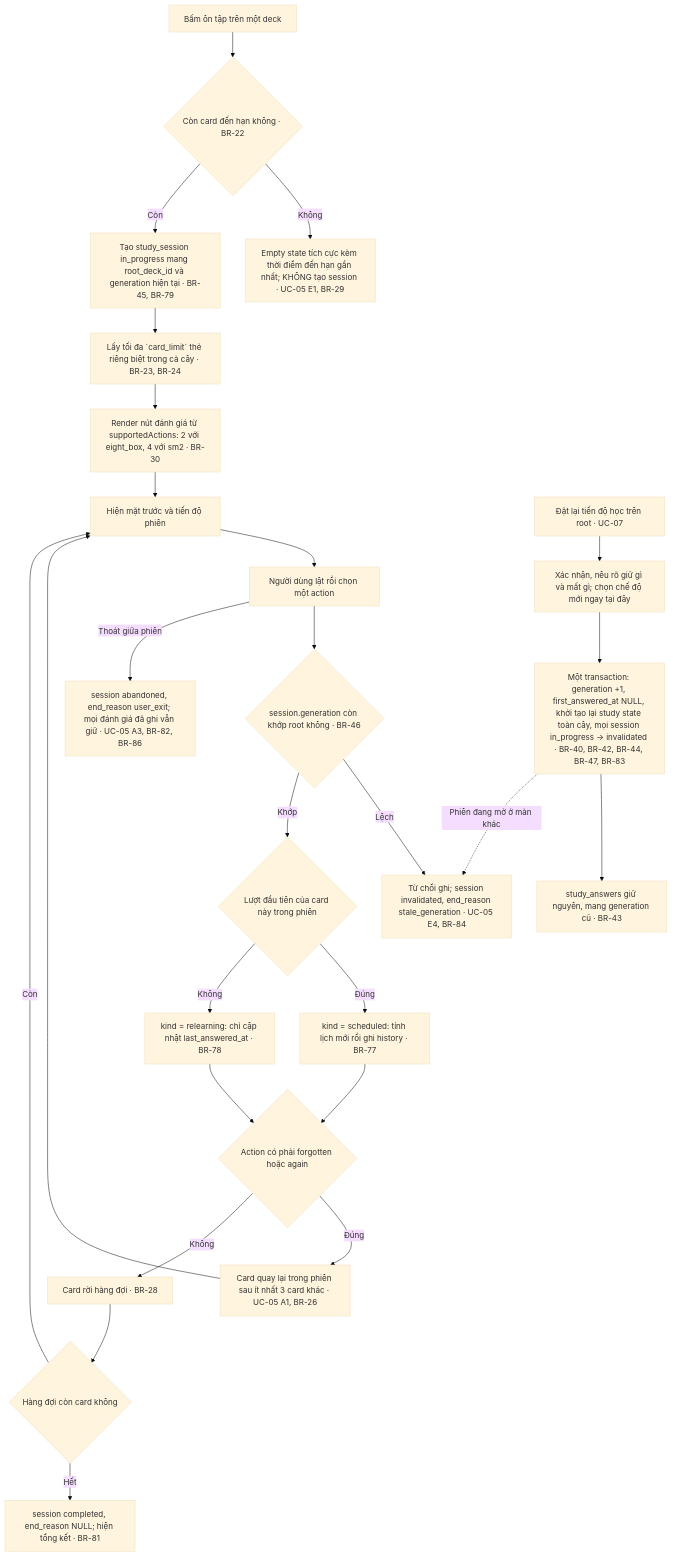
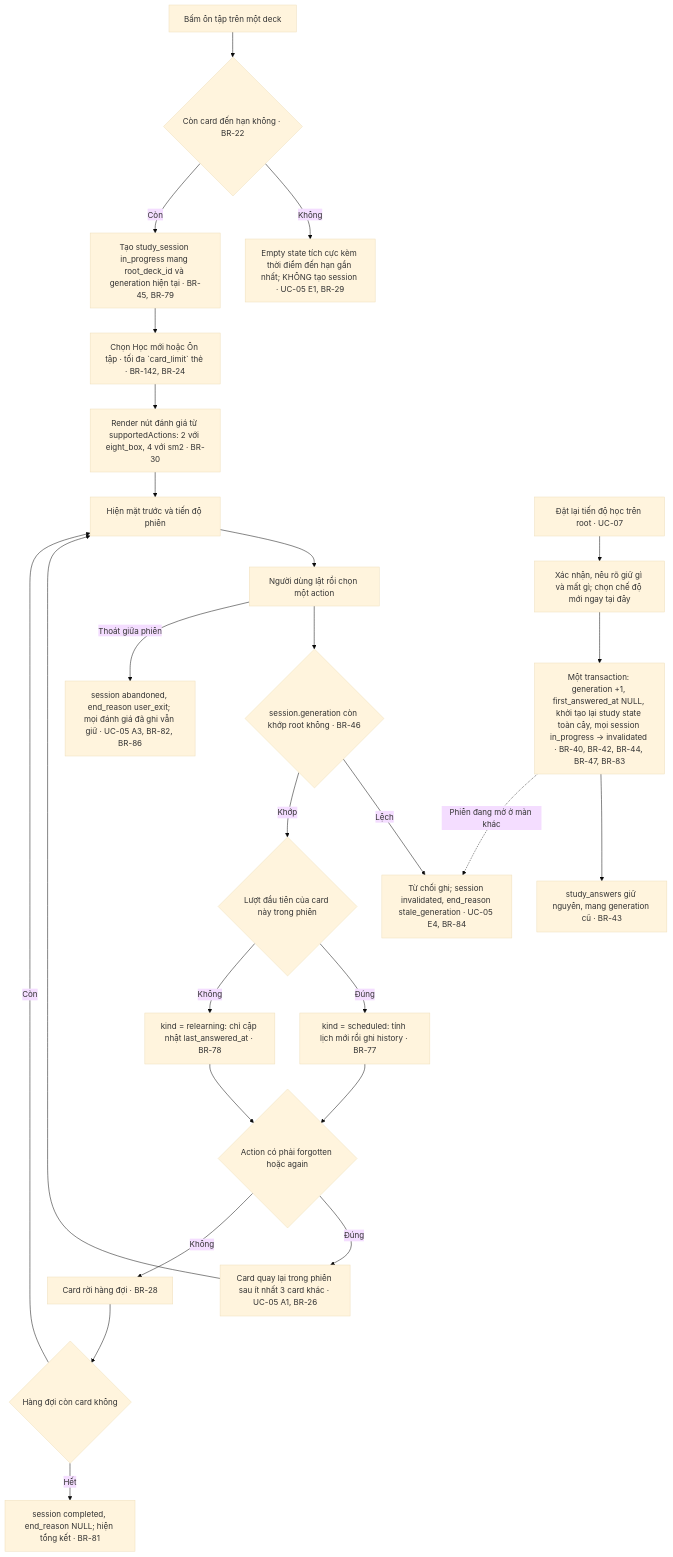
Before and after one commit to ntgptit/memox-v7: the fourth of 4 diagrams in docs/master-flow.md, drawn with Mermaid (base theme). The commit also changed other lines of this file and 6 other files, not shown here.

````diff
--- a/docs/master-flow.md
+++ b/docs/master-flow.md
@@ -165,32 +165,32 @@
 ```mermaid
 flowchart TD
     A["Bấm ôn tập trên một deck"] --> B{"Còn card đến hạn không · BR-22"}
     B -->|"Không"| B1["Empty state tích cực kèm thời điểm đến hạn gần nhất; KHÔNG tạo session · UC-05 E1, BR-29"]
     B -->|"Còn"| C["Tạo study_session in_progress mang root_deck_id và generation hiện tại · BR-45, BR-79"]
-    C --> D["Lấy tối đa `card_limit` thẻ riêng biệt trong cả cây · BR-23, BR-24"]
+    C --> D["Chọn Học mới hoặc Ôn tập · tối đa `card_limit` thẻ · BR-142, BR-24"]
     D --> E["Render nút đánh giá từ supportedActions: 2 với eight_box, 4 với sm2 · BR-30"]
     E --> F["Hiện mặt trước và tiến độ phiên"]
     F --> G["Người dùng lật rồi chọn một action"]
 
     G --> H{"session.generation còn khớp root không · BR-46"}
     H -->|"Lệch"| H1["Từ chối ghi; session invalidated, end_reason stale_generation · UC-05 E4, BR-84"]
     H -->|"Khớp"| I{"Lượt đầu tiên của card này trong phiên"}
     I -->|"Đúng"| J["kind = scheduled: tính lịch mới rồi ghi history · BR-77"]
     I -->|"Không"| K["kind = relearning: chỉ cập nhật last_answered_at · BR-78"]
 
     J --> L{"Action có phải forgotten hoặc again"}
     K --> L
     L -->|"Đúng"| M["Card quay lại trong phiên sau ít nhất 3 card khác · UC-05 A1, BR-26"]
     L -->|"Không"| N["Card rời hàng đợi · BR-28"]
     M --> F
     N --> O{"Hàng đợi còn card không"}
     O -->|"Còn"| F
     O -->|"Hết"| P["session completed, end_reason NULL; hiện tổng kết · BR-81"]
 
     G -->|"Thoát giữa phiên"| Q["session abandoned, end_reason user_exit; mọi đánh giá đã ghi vẫn giữ · UC-05 A3, BR-82, BR-86"]
 
     R["Đặt lại tiến độ học trên root · UC-07"] --> S["Xác nhận, nêu rõ giữ gì và mất gì; chọn chế độ mới ngay tại đây"]
     S --> T["Một transaction: generation +1, first_answered_at NULL, khởi tạo lại study state toàn cây, mọi session in_progress → invalidated · BR-40, BR-42, BR-44, BR-47, BR-83"]
     T --> U["study_answers giữ nguyên, mang generation cũ · BR-43"]
     T -.->|"Phiên đang mở ở màn khác"| H1
 ```
````
